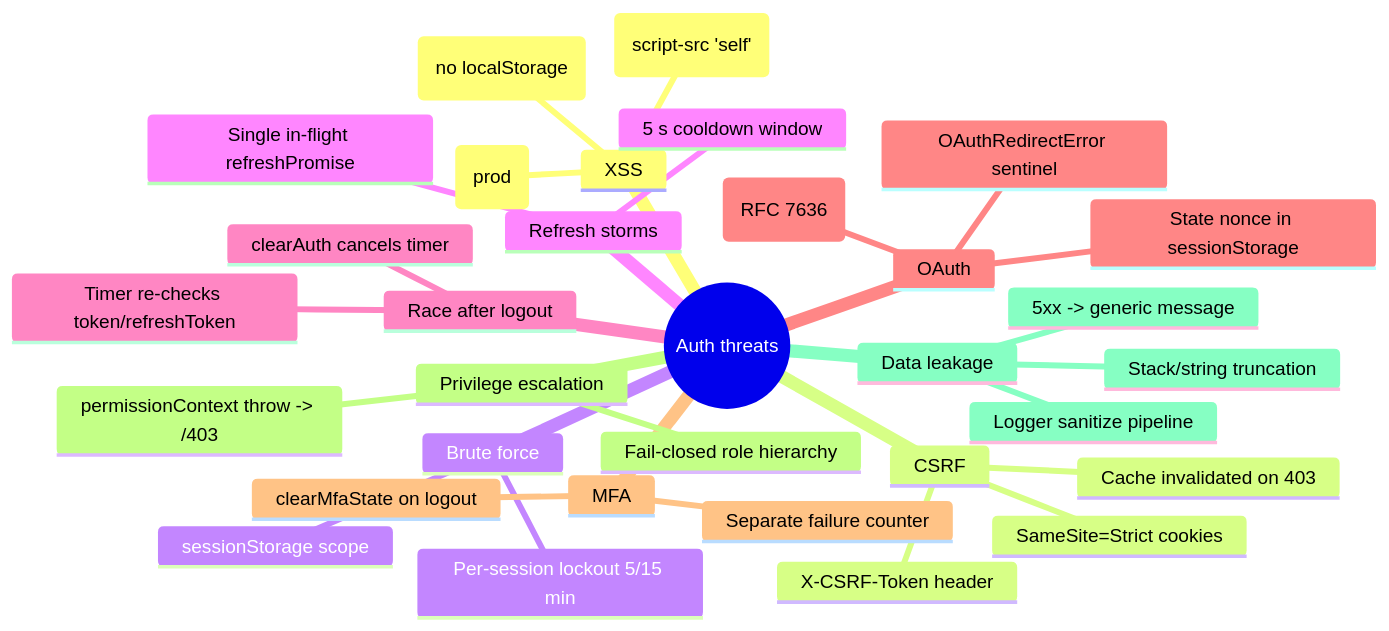
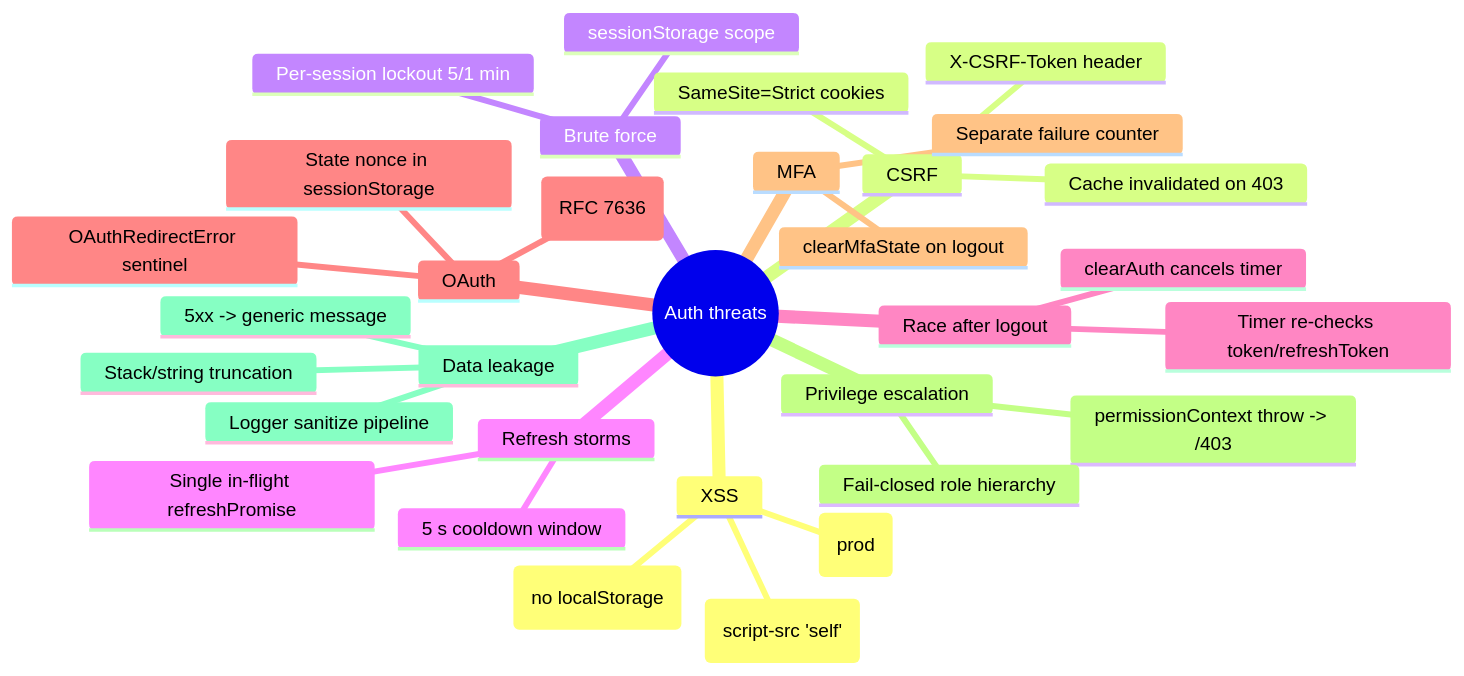
Before and after one commit to boussadjra/vuestrata: diagram 14 of 14 in docs/6.configuration/3.auth-deep-dive.md, drawn with Mermaid. The commit also changed other lines of this file and 21 other files, not shown here.

````diff
--- a/docs/6.configuration/3.auth-deep-dive.md
+++ b/docs/6.configuration/3.auth-deep-dive.md
@@ -941,35 +991,35 @@
 ```mermaid
 mindmap
   root((Auth threats))
     XSS
       Tokens in closures (no localStorage)
       Refresh in HttpOnly cookie (prod)
       Strict CSP (script-src 'self')
     CSRF
       X-CSRF-Token header
       Cache invalidated on 403
       SameSite=Strict cookies
     Brute force
-      Per-session lockout 5/15 min
+      Per-session lockout 5/1 min
       sessionStorage scope
     Refresh storms
       Single in-flight refreshPromise
       5 s cooldown window
     Race after logout
       Timer re-checks token/refreshToken
       clearAuth cancels timer
     OAuth
       PKCE (RFC 7636)
       State nonce in sessionStorage
       OAuthRedirectError sentinel
     MFA
       clearMfaState on logout
       Separate failure counter
     Privilege escalation
       permissionContext throw -> /403
       Fail-closed role hierarchy
     Data leakage
       5xx -> generic message
       Logger sanitize pipeline
       Stack/string truncation
 ```
````
